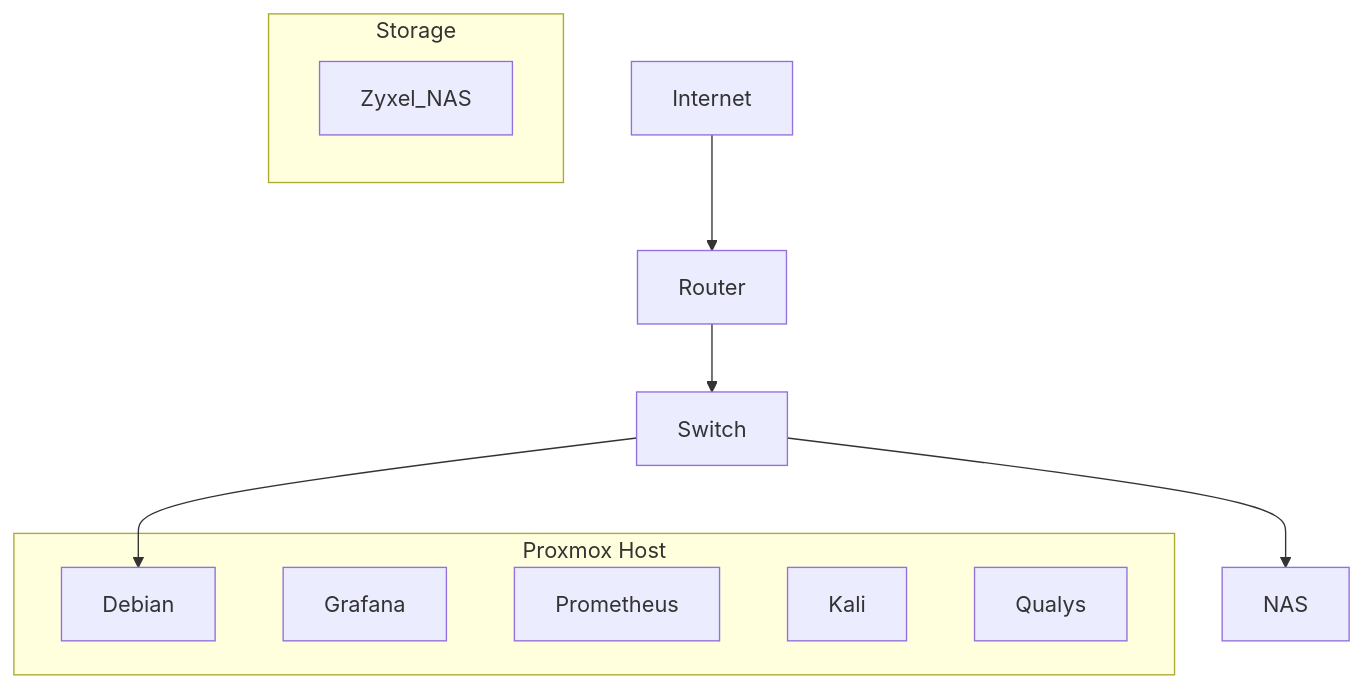
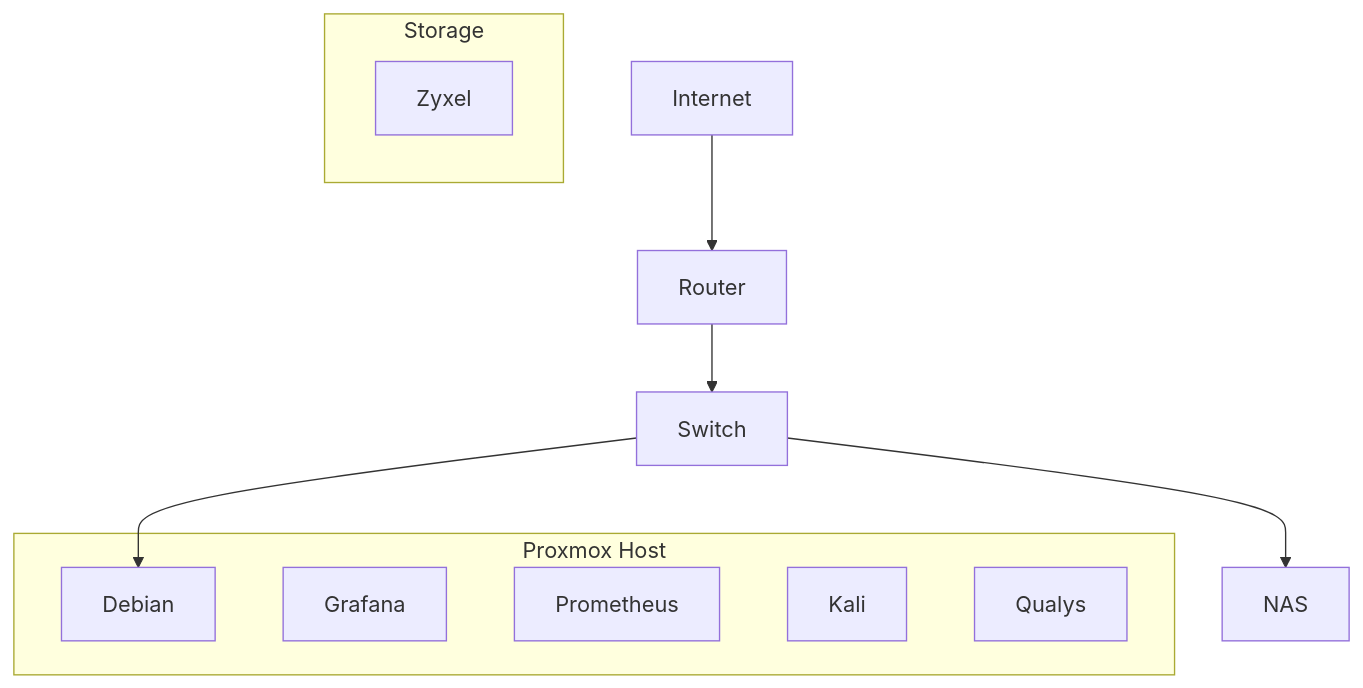
Before and after one commit to Tearstone/tearstone-homelab: the second of 3 diagrams in docs/architecture.md, drawn with Mermaid.

````diff
--- a/docs/architecture.md
+++ b/docs/architecture.md
@@ -16,21 +16,21 @@
 ```mermaid
 graph TD
 
 Internet --> Router
 Router --> Switch
 
 subgraph "Proxmox Host"
     Debian
     Grafana
     Prometheus
     Kali
     Qualys
 end
 
 subgraph "Storage"
-    Zyxel_NAS
+    Zyxel
 end
 
 Switch --> Debian
 Switch --> NAS
 ```
````
